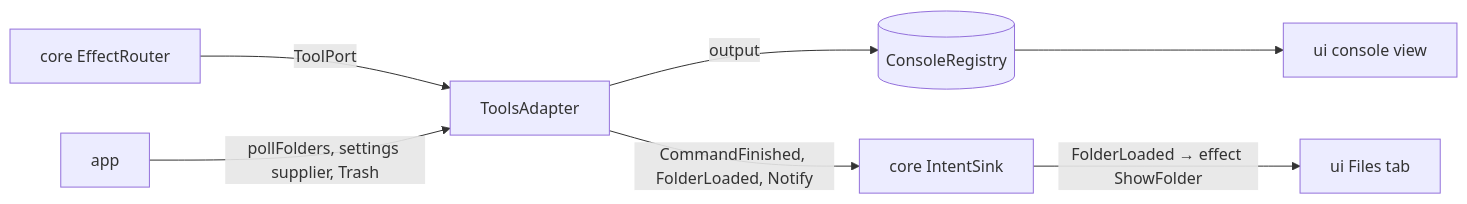
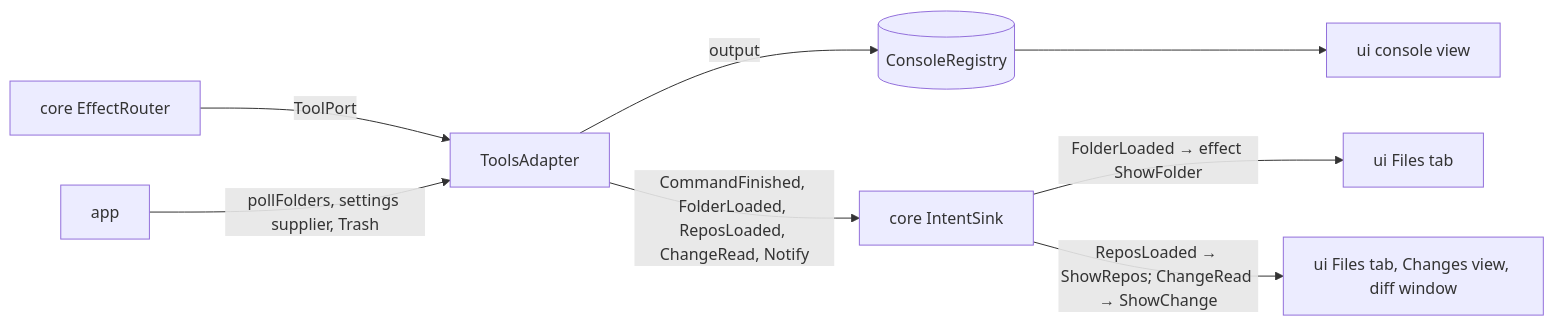
Before and after one commit to marregui/comando: the diagram in tools/README.md, drawn with Mermaid. The commit also changed other lines of this file and 82 other files, not shown here.

Commit message:
Git changes view and side-by-side diff, Repositories in the Files tab, folders window, one-row sidebar tabs, short tooltips, focus-independent key tests

````diff
--- a/tools/README.md
+++ b/tools/README.md
@@ -37,9 +43,10 @@
 ```mermaid
 flowchart LR
   ER["core EffectRouter"] -->|"ToolPort"| TA["ToolsAdapter"]
   APP["app"] -->|"pollFolders, settings supplier, Trash"| TA
   TA -->|"output"| CR[("ConsoleRegistry")]
-  TA -->|"CommandFinished, FolderLoaded, Notify"| SINK["core IntentSink"]
+  TA -->|"CommandFinished, FolderLoaded, ReposLoaded, ChangeRead, Notify"| SINK["core IntentSink"]
   CR --> UI["ui console view"]
   SINK -->|"FolderLoaded → effect ShowFolder"| UIF["ui Files tab"]
+  SINK -->|"ReposLoaded → ShowRepos; ChangeRead → ShowChange"| UIC["ui Files tab, Changes view, diff window"]
 ```
````
